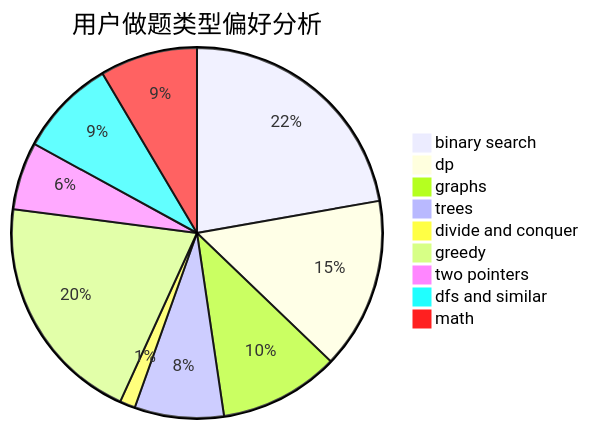
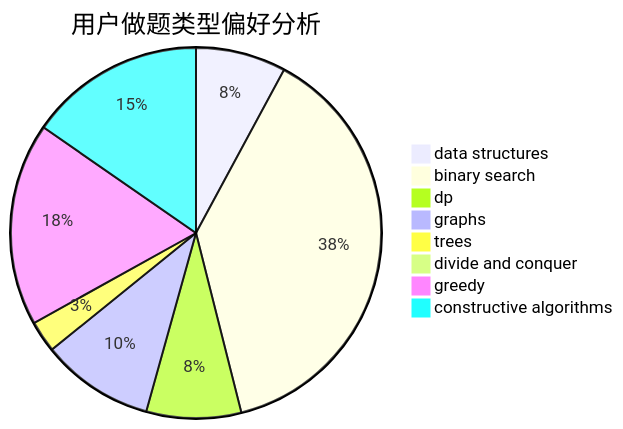
One commit to sherpahu/cfrs.github.io changed the second of 3 diagrams in docs/user/u375.md. Above: the diagram before and after it, drawn with Mermaid. The commit also changed other lines of this file and 2775 other files, not shown here.

````diff
--- a/docs/user/u375.md
+++ b/docs/user/u375.md
@@ -23,12 +23,11 @@
 ```mermaid
 pie title 用户做题类型偏好分析
-    "binary search" :  214
-    "dp" :  144
-    "graphs" :  101
-    "trees" :  75
-    "divide and conquer" :  13
-    "greedy" :  195
-    "two pointers" :  57
-    "dfs and similar" :  82
-    "math" :  82
+    "data structures" :  40
+    "binary search" :  194
+    "dp" :  42
+    "graphs" :  50
+    "trees" :  14
+    "divide and conquer" :  0
+    "greedy" :  90
+    "constructive algorithms" :  78
 ```
````
